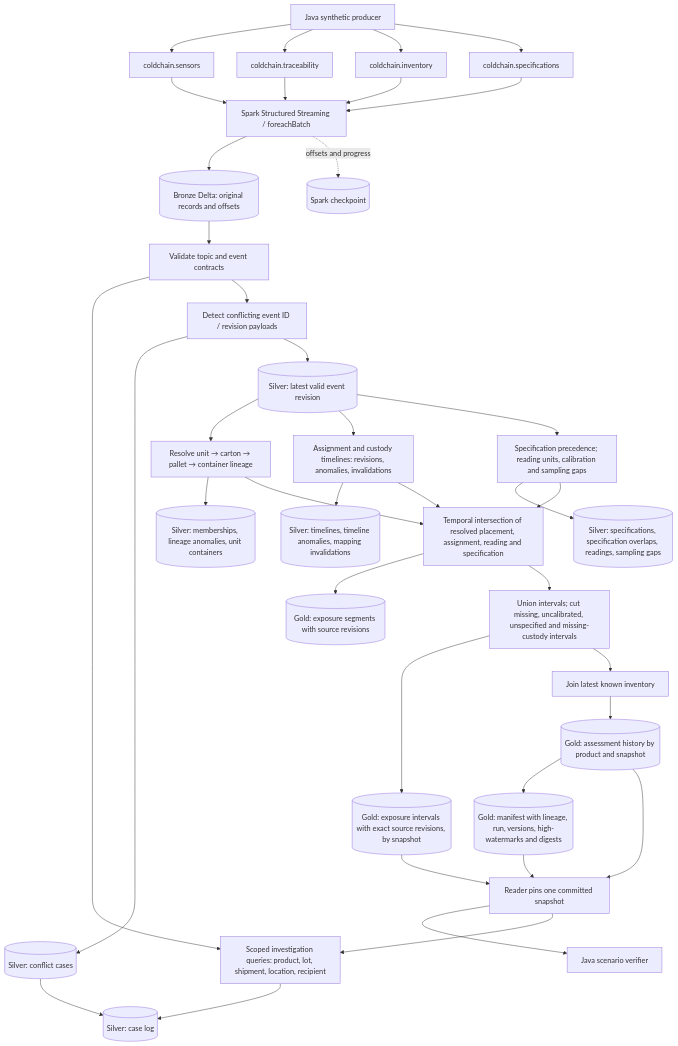
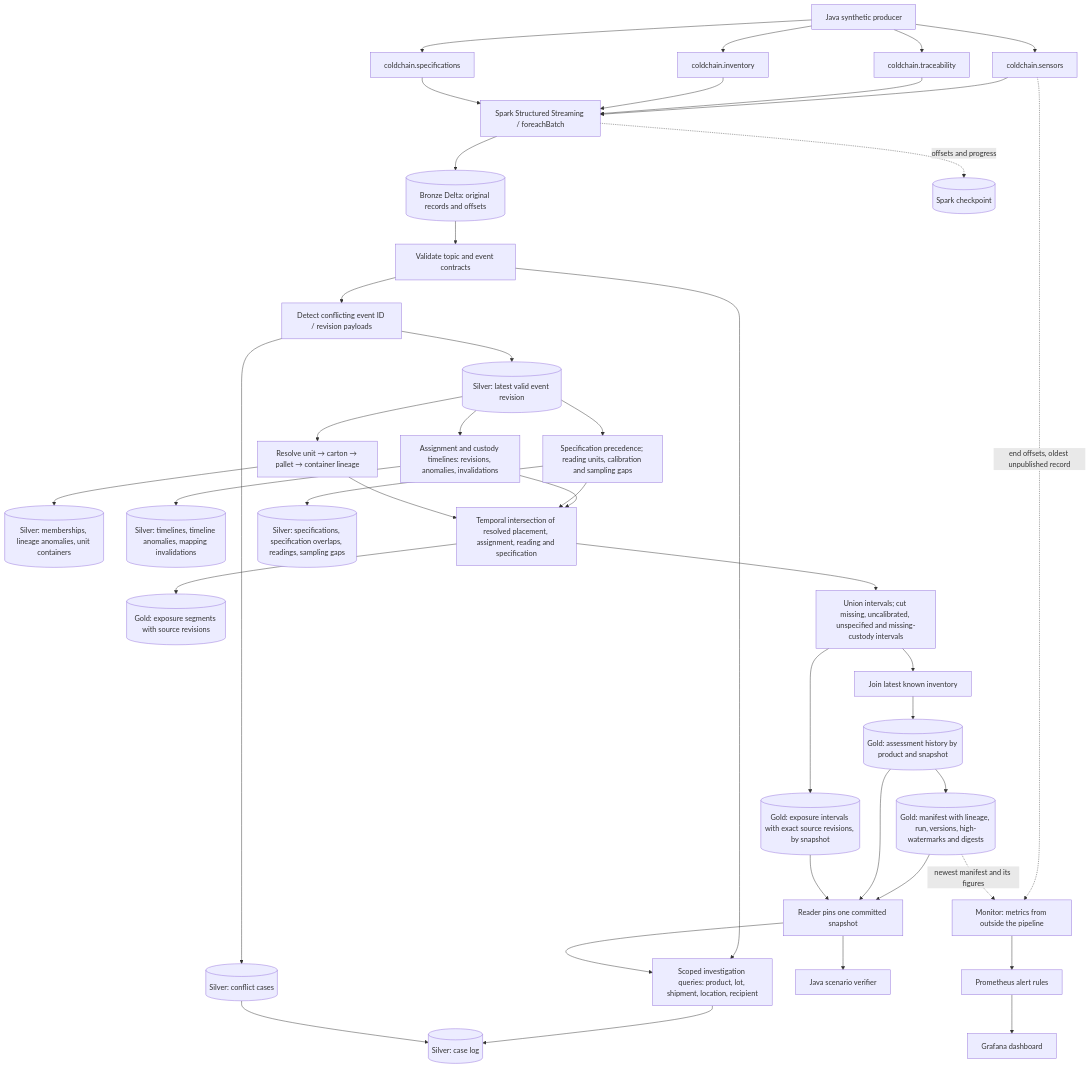
One commit to rmansoor/pharma-cold-chain changed the first of 2 diagrams in docs/architecture.md. Above: the diagram before and after it, drawn with Mermaid. The commit also changed other lines of this file and 17 other files, not shown here.

First line of the commit message:
SID-26: operational metrics, alerts, dashboard and runbooks

````diff
--- a/docs/architecture.md
+++ b/docs/architecture.md
@@ -13,40 +13,43 @@
 ```mermaid
 flowchart TD
   SIM[Java synthetic producer] --> S[coldchain.sensors]
   SIM --> T[coldchain.traceability]
   SIM --> I[coldchain.inventory]
   SIM --> P[coldchain.specifications]
   S --> ING[Spark Structured Streaming / foreachBatch]
   T --> ING
   I --> ING
   P --> ING
   ING --> B[(Bronze Delta: original records and offsets)]
   B --> V[Validate topic and event contracts]
   V --> Q[(Silver: quarantine)]
   V --> C[Detect conflicting event ID / revision payloads]
   C --> CQ[(Silver: conflict cases)]
   Q --> L[(Silver: case log)]
   CQ --> L
   C --> E[(Silver: latest valid event revision)]
   E --> LIN[Resolve unit → carton → pallet → container lineage]
   LIN --> LA[(Silver: memberships, lineage anomalies, unit containers)]
   E --> TL[Assignment and custody timelines: revisions, anomalies, invalidations]
   TL --> TA[(Silver: timelines, timeline anomalies, mapping invalidations)]
   TL --> J
   E --> SP[Specification precedence; reading units, calibration and sampling gaps]
   SP --> SQ[(Silver: specifications, specification overlaps, readings, sampling gaps)]
   SP --> J
   LIN --> J[Temporal intersection of resolved placement, assignment, reading and specification]
   J --> SEG[(Gold: exposure segments with source revisions)]
   J --> U[Union intervals; cut missing, uncalibrated, unspecified and missing-custody intervals]
   U --> IV[(Gold: exposure intervals with exact source revisions, by snapshot)]
   U --> INV[Join latest known inventory]
   INV --> H[(Gold: assessment history by product and snapshot)]
   H --> M[(Gold: manifest with lineage, run, versions, high-watermarks and digests)]
   M --> R[Reader pins one committed snapshot]
   H --> R
   IV --> R
   R --> VERIFY[Java scenario verifier]
   R --> Q[Scoped investigation queries: product, lot, shipment, location, recipient]
   ING -. offsets and progress .-> CK[(Spark checkpoint)]
+  S -. end offsets, oldest unpublished record .-> MON[Monitor: metrics from outside the pipeline]
+  M -. newest manifest and its figures .-> MON
+  MON --> PROM[Prometheus alert rules] --> GRAF[Grafana dashboard]
 ```
````
